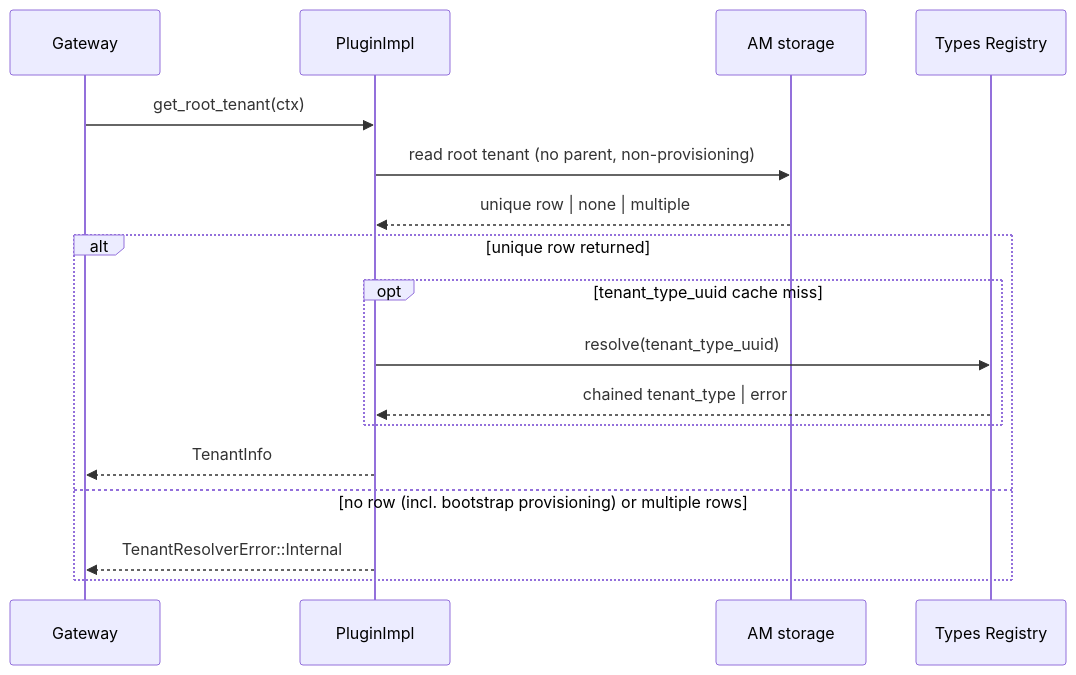
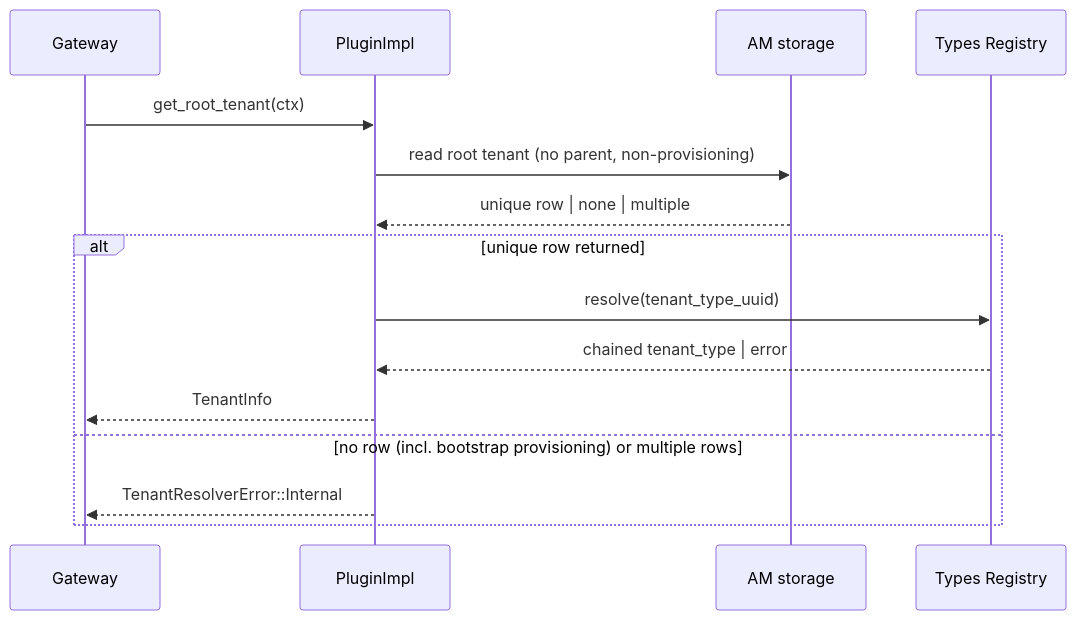
The fourth of 7 diagrams in modules/system/account-management/docs/tr-plugin/DESIGN.md (fluiderson/cf), drawn with Mermaid before and after one commit. The commit also changed other lines of this file and 65 other files, not shown here.

````diff
--- a/modules/system/account-management/docs/tr-plugin/DESIGN.md
+++ b/modules/system/account-management/docs/tr-plugin/DESIGN.md
@@ -359,20 +355,18 @@
 ```mermaid
 sequenceDiagram
     participant GW as Gateway
     participant PI as PluginImpl
     participant DB as AM storage
     participant TR as Types Registry
 
     GW->>PI: get_root_tenant(ctx)
     PI->>DB: read root tenant (no parent, non-provisioning)
     DB-->>PI: unique row | none | multiple
     alt unique row returned
-        opt tenant_type_uuid cache miss
-            PI->>TR: resolve(tenant_type_uuid)
-            TR-->>PI: chained tenant_type | error
-        end
+        PI->>TR: resolve(tenant_type_uuid)
+        TR-->>PI: chained tenant_type | error
         PI-->>GW: TenantInfo
     else no row (incl. bootstrap provisioning) or multiple rows
         PI-->>GW: TenantResolverError::Internal
     end
 ```
````
